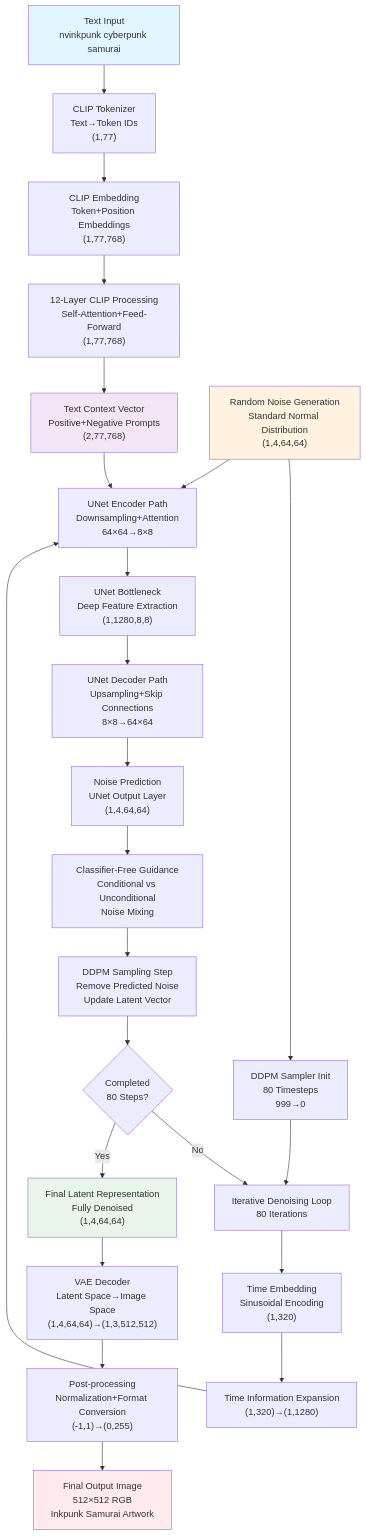
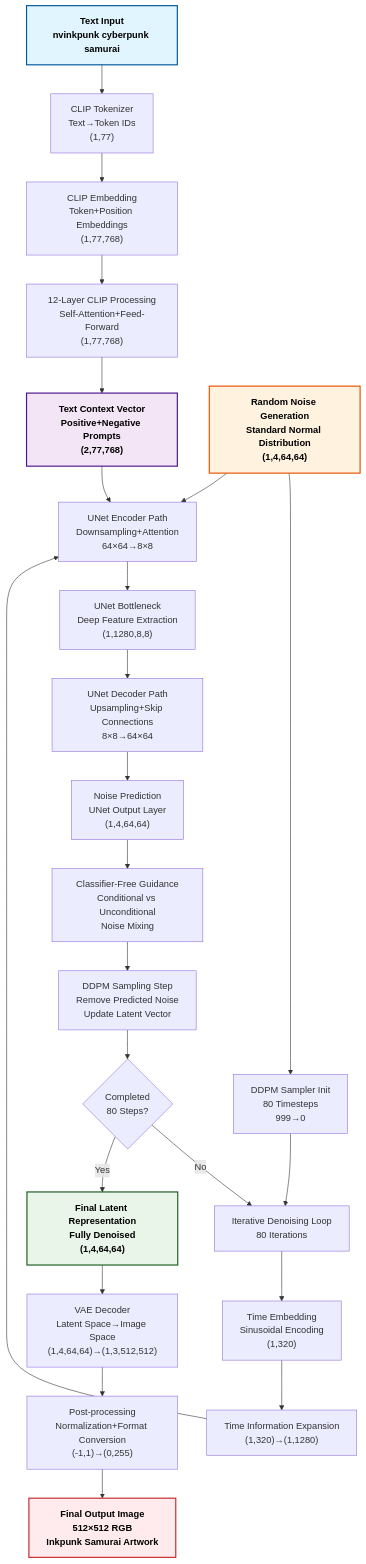
One commit to JarvisZhang24/Inkpunk-Diffusion-PyTorch changed the diagram in README.md. Above: the diagram before and after it, drawn with Mermaid.

Commit message:
docs: enhance README styles for clarity and visual appeal in pipeline diagram

````diff
--- a/README.md
+++ b/README.md
@@ -152,50 +152,50 @@
 ```mermaid
 graph TD
     A["Text Input<br/>nvinkpunk cyberpunk samurai"] --> B["CLIP Tokenizer<br/>Text→Token IDs<br/>(1,77)"]
     
     B --> C["CLIP Embedding<br/>Token+Position Embeddings<br/>(1,77,768)"]
     
     C --> D["12-Layer CLIP Processing<br/>Self-Attention+Feed-Forward<br/>(1,77,768)"]
     
     D --> E["Text Context Vector<br/>Positive+Negative Prompts<br/>(2,77,768)"]
     
     F["Random Noise Generation<br/>Standard Normal Distribution<br/>(1,4,64,64)"] --> G["DDPM Sampler Init<br/>80 Timesteps<br/>999→0"]
     
     G --> H["Iterative Denoising Loop<br/>80 Iterations"]
     
     H --> I["Time Embedding<br/>Sinusoidal Encoding<br/>(1,320)"]
     
     I --> J["Time Information Expansion<br/>(1,320)→(1,1280)"]
     
     E --> K["UNet Encoder Path<br/>Downsampling+Attention<br/>64×64→8×8"]
     
     J --> K
     F --> K
     
     K --> L["UNet Bottleneck<br/>Deep Feature Extraction<br/>(1,1280,8,8)"]
     
     L --> M["UNet Decoder Path<br/>Upsampling+Skip Connections<br/>8×8→64×64"]
     
     M --> N["Noise Prediction<br/>UNet Output Layer<br/>(1,4,64,64)"]
     
     N --> O["Classifier-Free Guidance<br/>Conditional vs Unconditional<br/>Noise Mixing"]
     
     O --> P["DDPM Sampling Step<br/>Remove Predicted Noise<br/>Update Latent Vector"]
     
     P --> Q{"Completed<br/>80 Steps?"}
     
     Q -->|No| H
     Q -->|Yes| R["Final Latent Representation<br/>Fully Denoised<br/>(1,4,64,64)"]
     
     R --> S["VAE Decoder<br/>Latent Space→Image Space<br/>(1,4,64,64)→(1,3,512,512)"]
     
     S --> T["Post-processing<br/>Normalization+Format Conversion<br/>(-1,1)→(0,255)"]
     
     T --> U["Final Output Image<br/>512×512 RGB<br/>Inkpunk Samurai Artwork"]
 
-    style A fill:#e1f5fe
-    style E fill:#f3e5f5
-    style F fill:#fff3e0
-    style R fill:#e8f5e8
-    style U fill:#ffebee
+    style A fill:#e1f5fe,stroke:#01579b,stroke-width:2px,color:#000,font-weight:bold
+    style E fill:#f3e5f5,stroke:#4a148c,stroke-width:2px,color:#000,font-weight:bold
+    style F fill:#fff3e0,stroke:#e65100,stroke-width:2px,color:#000,font-weight:bold
+    style R fill:#e8f5e8,stroke:#1b5e20,stroke-width:2px,color:#000,font-weight:bold
+    style U fill:#ffebee,stroke:#c62828,stroke-width:2px,color:#000,font-weight:bold
 ```
````
